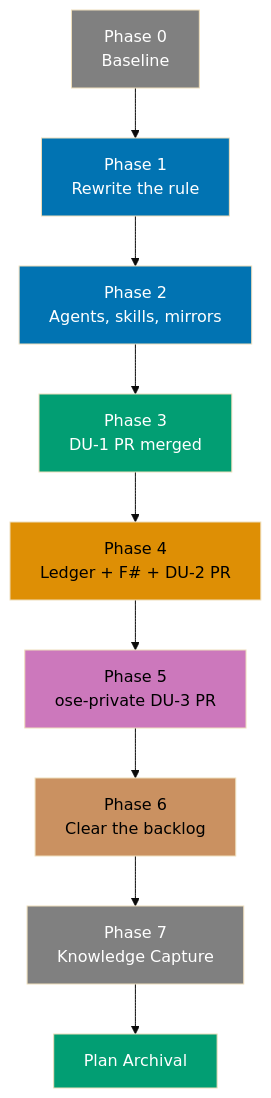
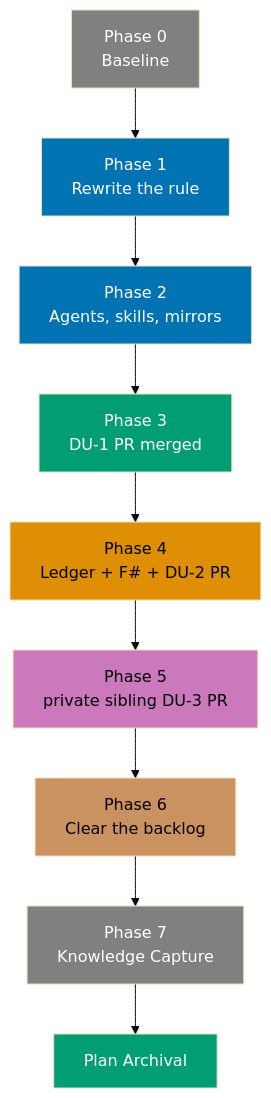
The diagram in plans/done/2026-09-04__update-tmp-folders/delivery.md (wahidyankf/ose-public), drawn with Mermaid (base theme) before and after one commit. The commit also changed other lines of this file and 325 other files, not shown here.

First line of the commit message:
docs(repo): name the private sibling by role, not by repository

````diff
--- a/plans/done/2026-09-04__update-tmp-folders/delivery.md
+++ b/plans/done/2026-09-04__update-tmp-folders/delivery.md
@@ -88,21 +88,21 @@
 ```mermaid
 flowchart TD
     P0["Phase 0<br/>Baseline"] --> P1["Phase 1<br/>Rewrite the rule"]
     P1 --> P2["Phase 2<br/>Agents, skills, mirrors"]
     P2 --> P3["Phase 3<br/>DU-1 PR merged"]
     P3 --> P4["Phase 4<br/>Ledger + F# + DU-2 PR"]
-    P4 --> P5["Phase 5<br/>ose-private DU-3 PR"]
+    P4 --> P5["Phase 5<br/>private sibling DU-3 PR"]
     P5 --> P6["Phase 6<br/>Clear the backlog"]
     P6 --> P7["Phase 7<br/>Knowledge Capture"]
     P7 --> PA["Plan Archival"]
 
     style P0 fill:#808080,color:#FFFFFF
     style P1 fill:#0173B2,color:#FFFFFF
     style P2 fill:#0173B2,color:#FFFFFF
     style P3 fill:#029E73,color:#FFFFFF
     style P4 fill:#DE8F05,color:#000000
     style P5 fill:#CC78BC,color:#000000
     style P6 fill:#CA9161,color:#000000
     style P7 fill:#808080,color:#FFFFFF
     style PA fill:#029E73,color:#FFFFFF
 ```
````
